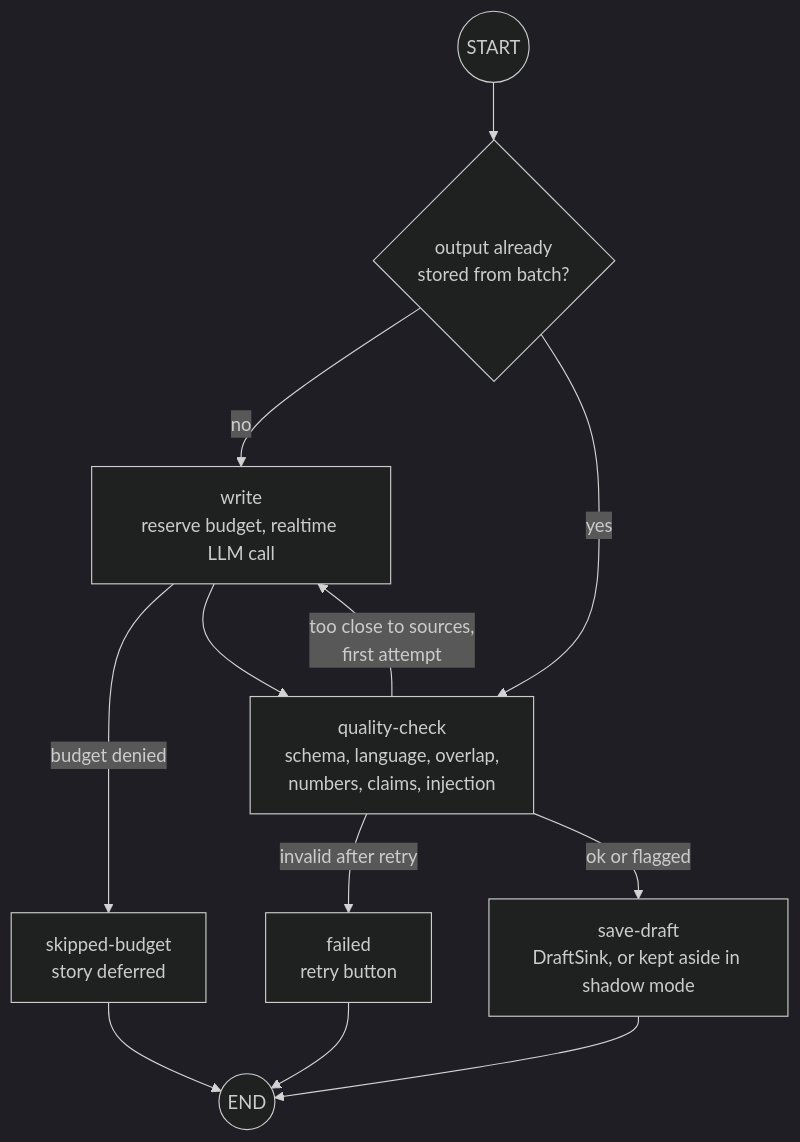
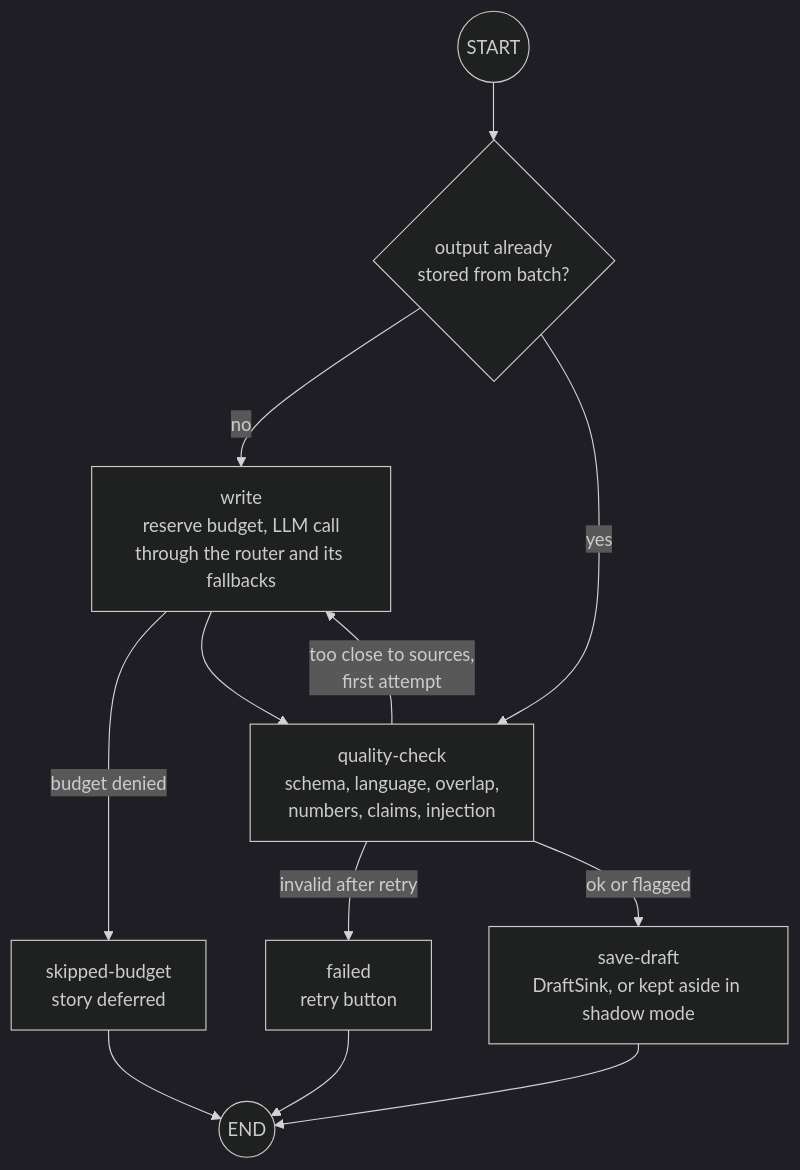
The tenth of 20 diagrams in docs/ai-news-automation-plan.md (foysalahmedmin/z-news), drawn with Mermaid (dark theme) before and after one commit. The commit also changed other lines of this file, not shown here.

````diff
--- a/docs/ai-news-automation-plan.md
+++ b/docs/ai-news-automation-plan.md
@@ -704,14 +709,14 @@
 ```mermaid
 flowchart TD
     S(("START")) --> has{"output already<br/>stored from batch?"}
-    has -->|"no"| write["write<br/>reserve budget, realtime LLM call"]
+    has -->|"no"| write["write<br/>reserve budget, LLM call<br/>through the router and its fallbacks"]
     has -->|"yes"| check
     write -->|"budget denied"| skip["skipped-budget<br/>story deferred"]
     write --> check["quality-check<br/>schema, language, overlap,<br/>numbers, claims, injection"]
     check -->|"too close to sources,<br/>first attempt"| write
     check -->|"invalid after retry"| fail["failed<br/>retry button"]
     check -->|"ok or flagged"| save["save-draft<br/>DraftSink, or kept aside in shadow mode"]
     save --> E(("END"))
     skip --> E
     fail --> E
 ```
````
